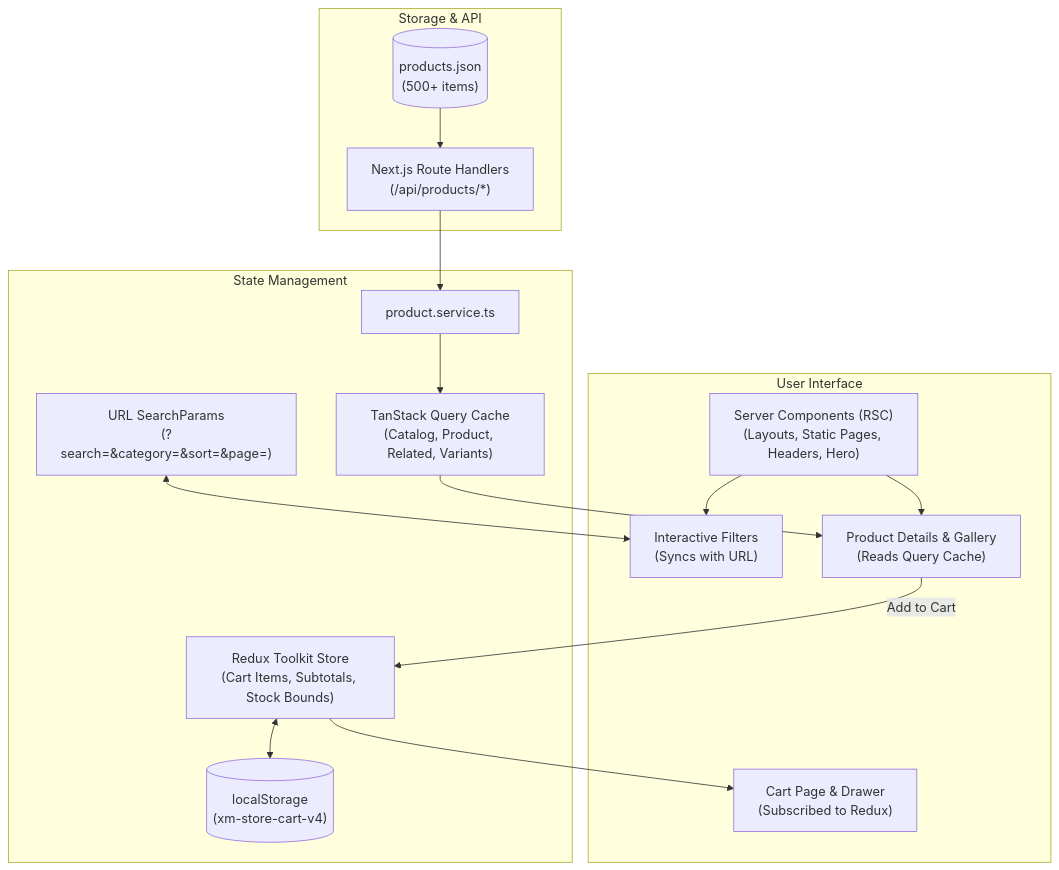
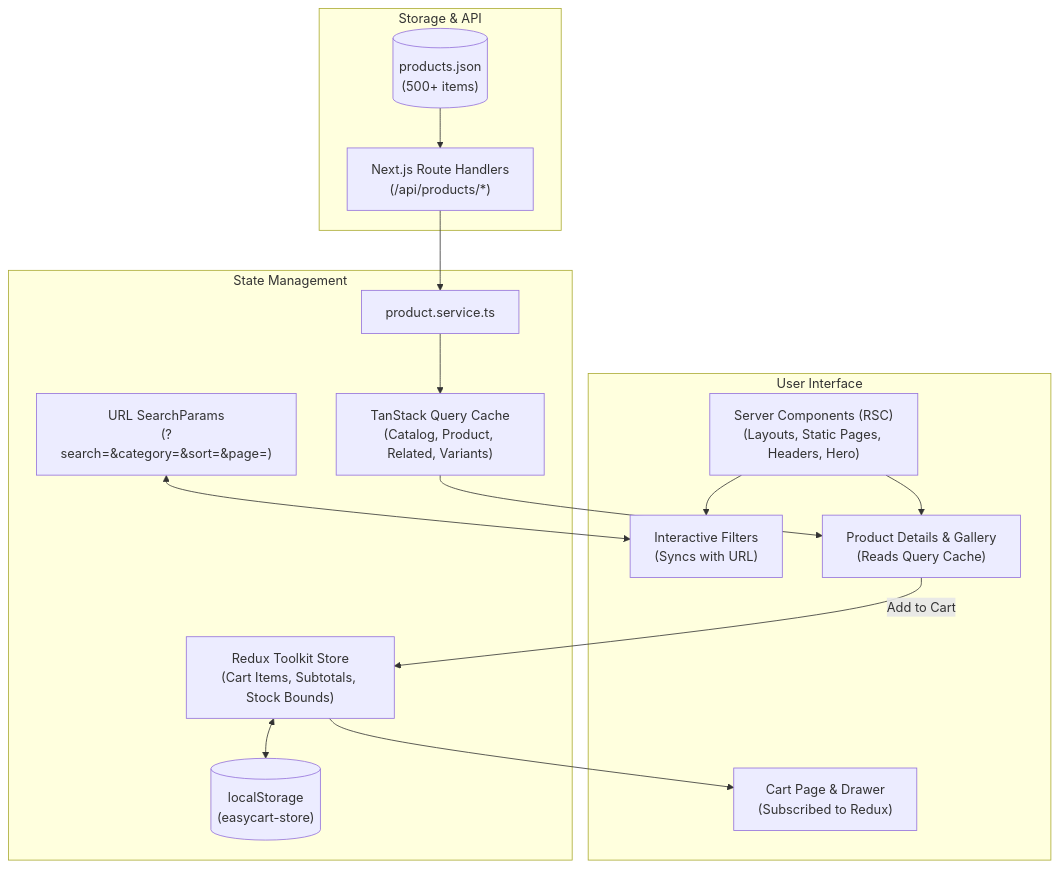
One commit to MDShakibul/easycart-ecommerce changed the diagram in README.md. Above: the diagram before and after it, drawn with Mermaid. The commit also changed other lines of this file and 3 other files, not shown here.

````diff
--- a/README.md
+++ b/README.md
@@ -121,34 +127,34 @@
 ```mermaid
 graph TD
     subgraph Storage & API
         JSON[("products.json<br/>(500+ items)")]
         API["Next.js Route Handlers<br/>(/api/products/*)"]
         JSON --> API
     end
 
     subgraph State Management
         Service["product.service.ts"]
         Query["TanStack Query Cache<br/>(Catalog, Product, Related, Variants)"]
         Redux["Redux Toolkit Store<br/>(Cart Items, Subtotals, Stock Bounds)"]
-        Local[("localStorage<br/>(xm-store-cart-v4)")]
+        Local[("localStorage<br/>(easycart-store)")]
         URL["URL SearchParams<br/>(?search=&category=&sort=&page=)"]
 
         API --> Service
         Service --> Query
         Redux <--> Local
     end
 
     subgraph User Interface
         RSC["Server Components (RSC)<br/>(Layouts, Static Pages, Headers, Hero)"]
         Filters["Interactive Filters<br/>(Syncs with URL)"]
         Details["Product Details & Gallery<br/>(Reads Query Cache)"]
         CartUI["Cart Page & Drawer<br/>(Subscribed to Redux)"]
 
         RSC --> Filters
         RSC --> Details
         URL <--> Filters
         Query --> Details
         Details -->|Add to Cart| Redux
         Redux --> CartUI
     end
 ```
````
